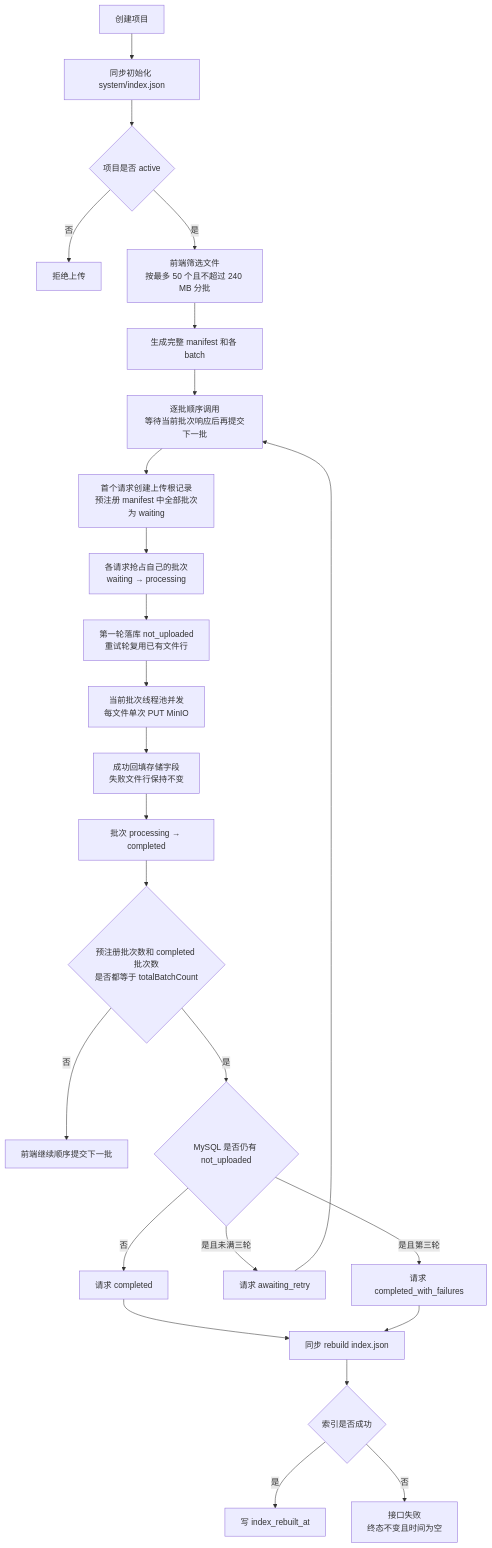
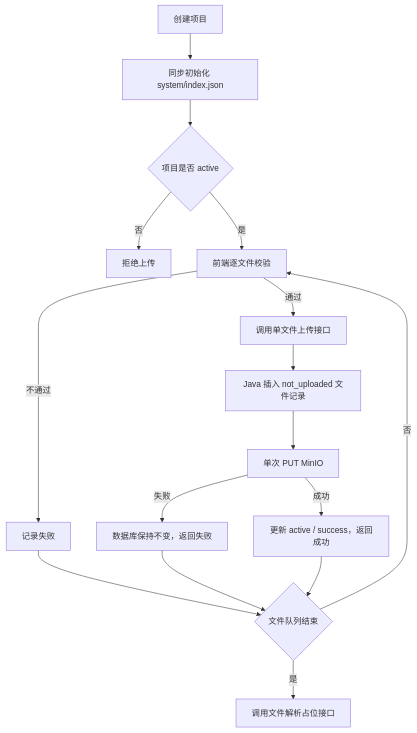
The diagram in docs/20-索引初始化与重建流程改造说明.md (ningningsenpai/PM-AGENT), drawn with Mermaid before and after one commit. The commit also changed other lines of this file and 80 other files, not shown here.

````diff
--- a/docs/20-索引初始化与重建流程改造说明.md
+++ b/docs/20-索引初始化与重建流程改造说明.md
@@ -22,27 +19,18 @@
-~~~mermaid
+```mermaid
 flowchart TD
     A["创建项目"] --> B["同步初始化 system/index.json"]
     B --> C{"项目是否 active"}
     C -->|否| D["拒绝上传"]
-    C -->|是| E["前端筛选文件<br/>按最多 50 个且不超过 240 MB 分批"]
-    E --> F["生成完整 manifest 和各 batch"]
-    F --> G["逐批顺序调用<br/>等待当前批次响应后再提交下一批"]
-    G --> H["首个请求创建上传根记录<br/>预注册 manifest 中全部批次为 waiting"]
-    H --> I["各请求抢占自己的批次<br/>waiting → processing"]
-    I --> J["第一轮落库 not_uploaded<br/>重试轮复用已有文件行"]
-    J --> K["当前批次线程池并发<br/>每文件单次 PUT MinIO"]
-    K --> L["成功回填存储字段<br/>失败文件行保持不变"]
-    L --> M["批次 processing → completed"]
-    M --> N{"预注册批次数和 completed 批次数<br/>是否都等于 totalBatchCount"}
-    N -->|否| O["前端继续顺序提交下一批"]
-    N -->|是| P{"MySQL 是否仍有 not_uploaded"}
-    P -->|否| Q["请求 completed"]
-    P -->|是且未满三轮| R["请求 awaiting_retry"]
-    R --> G
-    P -->|是且第三轮| S["请求 completed_with_failures"]
-    Q --> T["同步 rebuild index.json"]
-    S --> T
-    T --> U{"索引是否成功"}
-    U -->|是| V["写 index_rebuilt_at"]
-    U -->|否| W["接口失败<br/>终态不变且时间为空"]
-~~~
+    C -->|是| E["前端逐文件校验"]
+    E -->|不通过| F["记录失败"]
+    E -->|通过| G["调用单文件上传接口"]
+    G --> H["Java 插入 not_uploaded 文件记录"]
+    H --> I["单次 PUT MinIO"]
+    I -->|失败| J["数据库保持不变，返回失败"]
+    I -->|成功| K["更新 active / success，返回成功"]
+    F --> L{"文件队列结束"}
+    J --> L
+    K --> L
+    L -->|否| E
+    L -->|是| M["调用文件解析占位接口"]
+```
````
